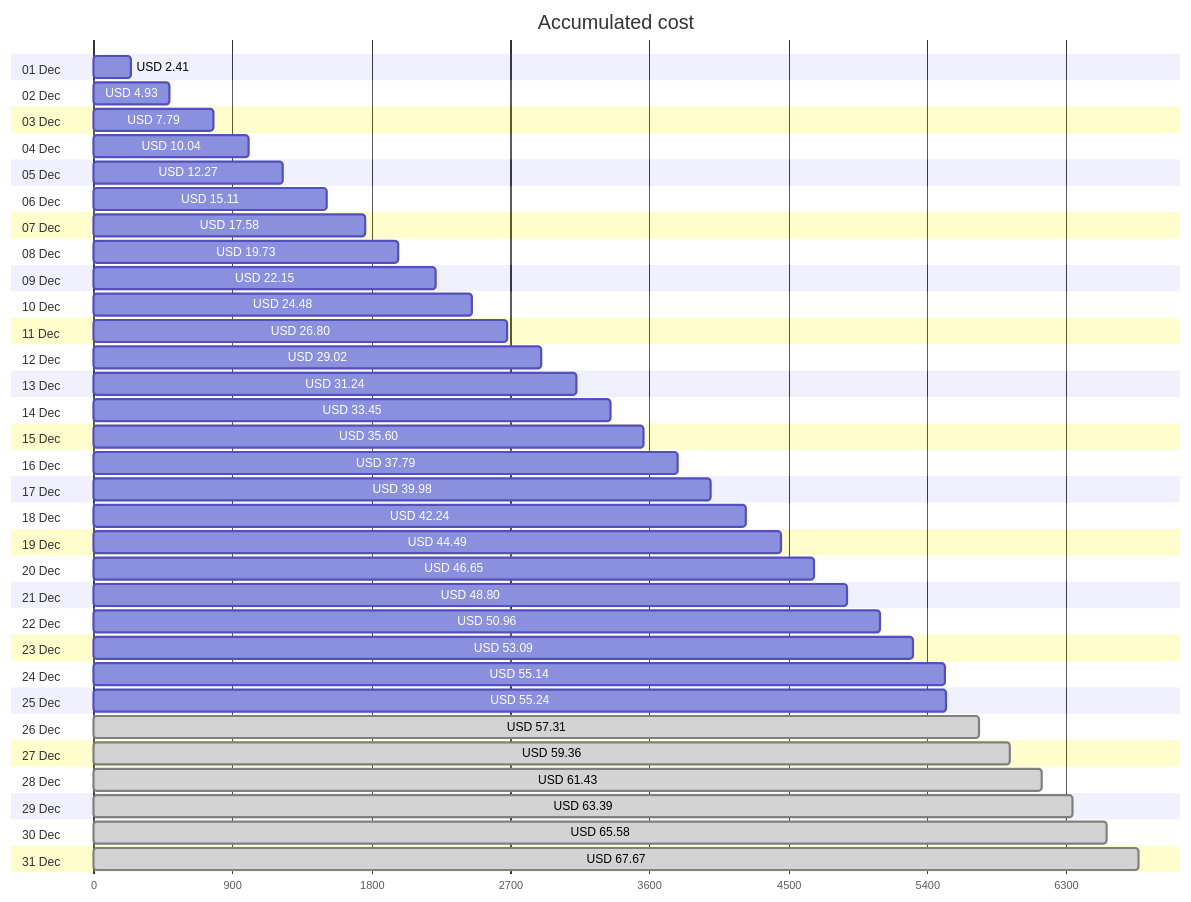
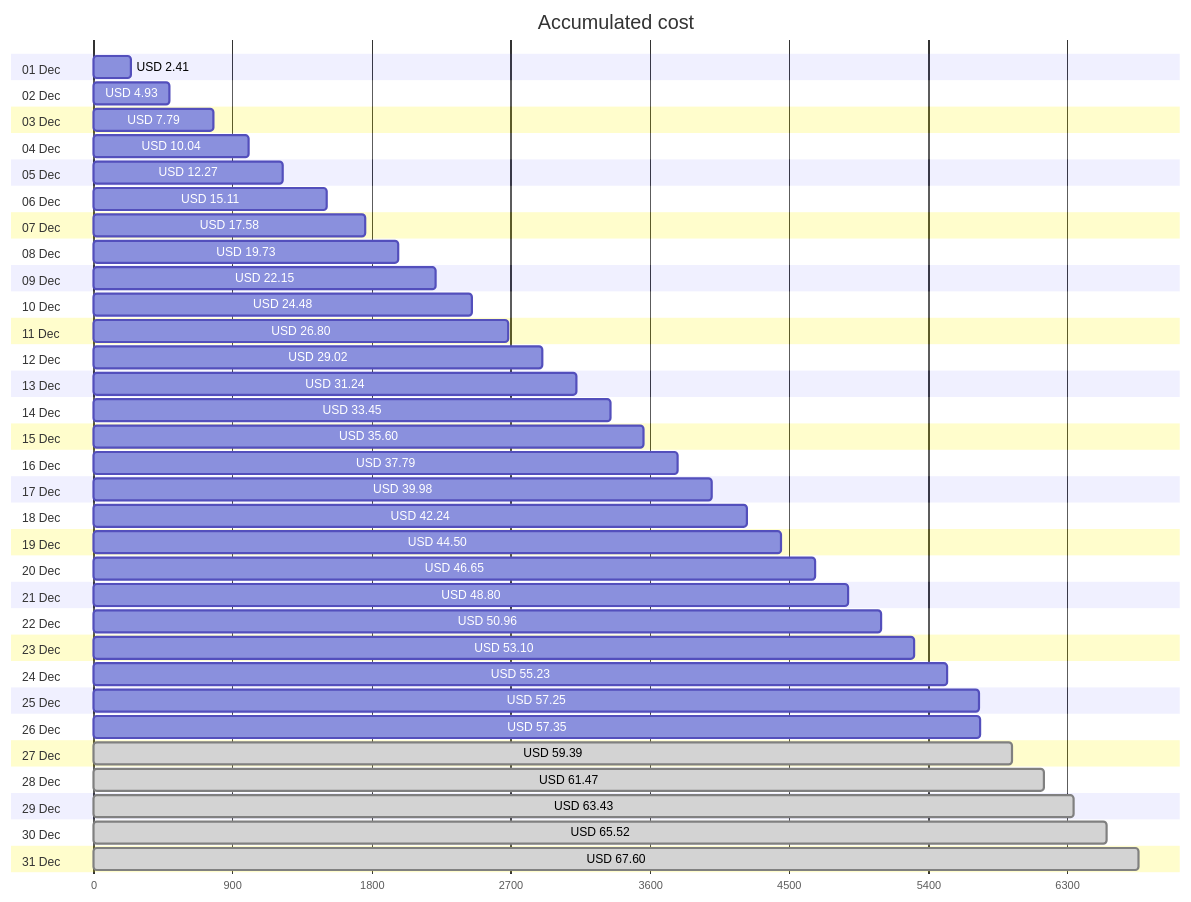
One commit to jpfulton/azure-personal-reports changed the first of 4 diagrams in cost-reports/accumulated-cost.md. Above: the diagram before and after it, drawn with Mermaid. The commit also changed other lines of this file and 4 other files, not shown here.

````diff
--- a/cost-reports/accumulated-cost.md
+++ b/cost-reports/accumulated-cost.md
@@ -20,68 +20,68 @@
 ```mermaid
 gantt
    title Accumulated cost
    dateFormat  X
    axisFormat %s
    section 01 Dec
    USD 2.41 :0, 241
    section 02 Dec
    USD 4.93 :0, 493
    section 03 Dec
    USD 7.79 :0, 779
    section 04 Dec
    USD 10.04 :0, 1004
    section 05 Dec
    USD 12.27 :0, 1227
    section 06 Dec
    USD 15.11 :0, 1511
    section 07 Dec
    USD 17.58 :0, 1758
    section 08 Dec
    USD 19.73 :0, 1973
    section 09 Dec
    USD 22.15 :0, 2215
    section 10 Dec
    USD 24.48 :0, 2448
    section 11 Dec
    USD 26.80 :0, 2680
    section 12 Dec
    USD 29.02 :0, 2902
    section 13 Dec
    USD 31.24 :0, 3124
    section 14 Dec
    USD 33.45 :0, 3345
    section 15 Dec
    USD 35.60 :0, 3560
    section 16 Dec
    USD 37.79 :0, 3779
    section 17 Dec
    USD 39.98 :0, 3998
    section 18 Dec
    USD 42.24 :0, 4224
    section 19 Dec
-   USD 44.49 :0, 4449
+   USD 44.50 :0, 4450
    section 20 Dec
    USD 46.65 :0, 4665
    section 21 Dec
    USD 48.80 :0, 4880
    section 22 Dec
    USD 50.96 :0, 5096
    section 23 Dec
-   USD 53.09 :0, 5309
+   USD 53.10 :0, 5310
    section 24 Dec
-   USD 55.14 :0, 5514
+   USD 55.23 :0, 5523
    section 25 Dec
-   USD 55.24 :0, 5524
+   USD 57.25 :0, 5725
    section 26 Dec
-   USD 57.31 : done, 0, 5731
+   USD 57.35 :0, 5735
    section 27 Dec
-   USD 59.36 : done, 0, 5936
+   USD 59.39 : done, 0, 5939
    section 28 Dec
-   USD 61.43 : done, 0, 6143
+   USD 61.47 : done, 0, 6147
    section 29 Dec
-   USD 63.39 : done, 0, 6339
+   USD 63.43 : done, 0, 6343
    section 30 Dec
-   USD 65.58 : done, 0, 6558
+   USD 65.52 : done, 0, 6552
    section 31 Dec
-   USD 67.67 : done, 0, 6767
+   USD 67.60 : done, 0, 6760
 ```
````
